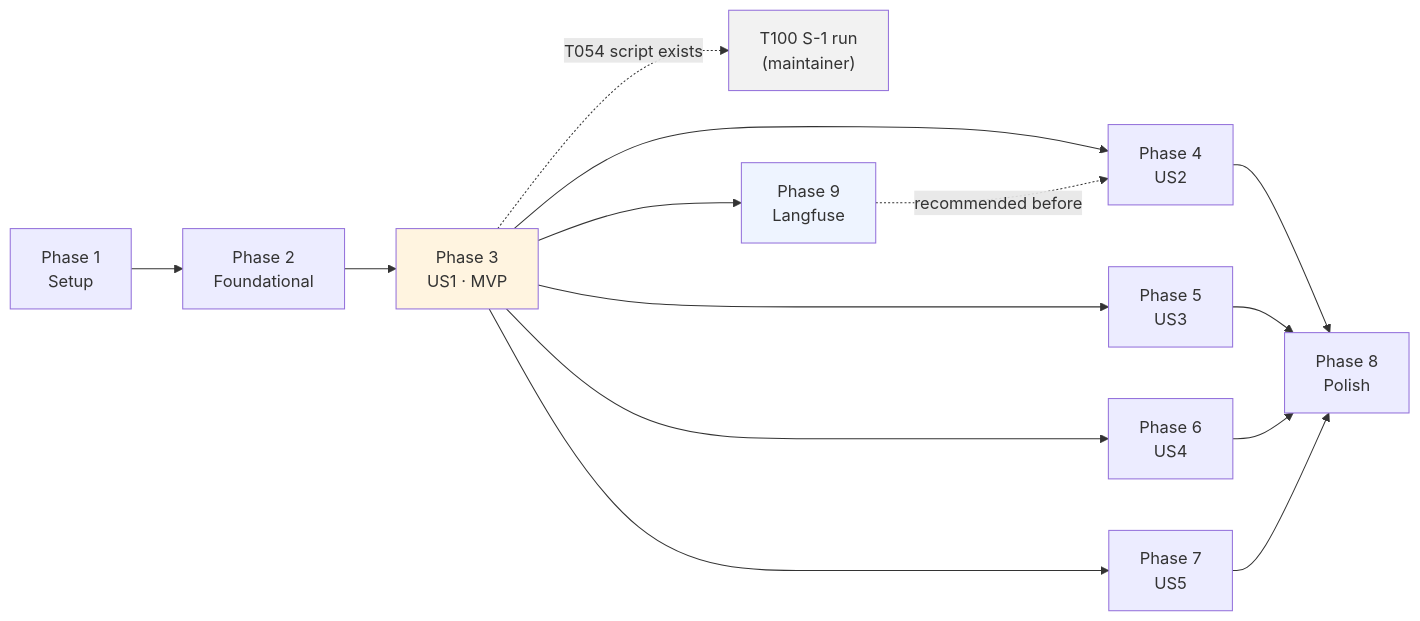
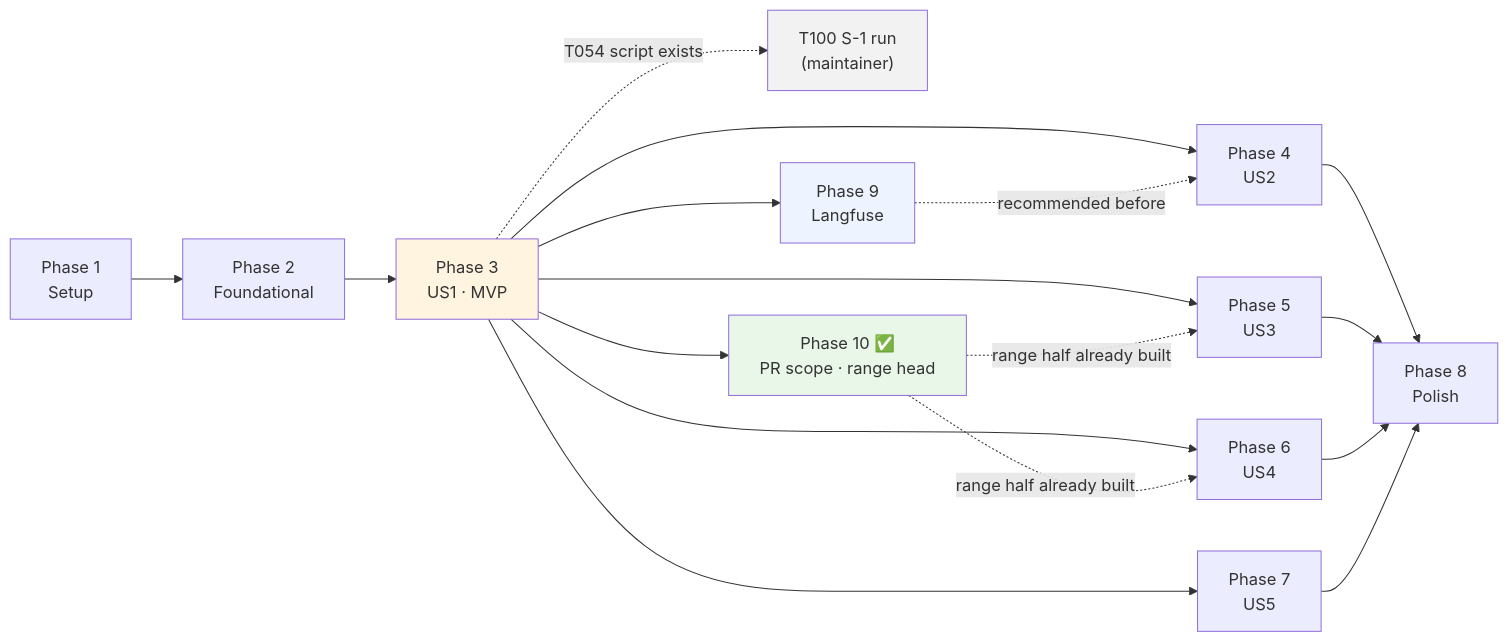
Before and after one commit to nhahub/NHA-5-285: the diagram in specs/001-walking-skeleton/tasks.md, drawn with Mermaid. The commit also changed other lines of this file and 8 other files, not shown here.

First line of the commit message:
docs(specs): specify the commit, range-head and pull-request scopes for feature 001

````diff
--- a/specs/001-walking-skeleton/tasks.md
+++ b/specs/001-walking-skeleton/tasks.md
@@ -297,17 +358,21 @@
 ```mermaid
 flowchart LR
     P1["Phase 1<br/>Setup"] --> P2["Phase 2<br/>Foundational"]
     P2 --> US1["Phase 3<br/>US1 · MVP"]
     US1 --> US2["Phase 4<br/>US2"]
     US1 --> US3["Phase 5<br/>US3"]
     US1 --> US4["Phase 6<br/>US4"]
     US1 --> US5["Phase 7<br/>US5"]
     US2 & US3 & US4 & US5 --> P8["Phase 8<br/>Polish"]
     US1 -.->|"T054 script exists"| S1["T100 S-1 run<br/>(maintainer)"]
     US1 --> P9["Phase 9<br/>Langfuse"]
+    US1 --> P10["Phase 10 ✅<br/>PR scope · range head"]
+    P10 -.->|"range half already built"| US3
+    P10 -.->|"range half already built"| US4
     P9 -.->|"recommended before"| US2
 
     style US1 fill:#fff4e0
     style S1 fill:#f2f2f2
     style P9 fill:#eef4ff
+    style P10 fill:#e8f7e8
 ```
````
